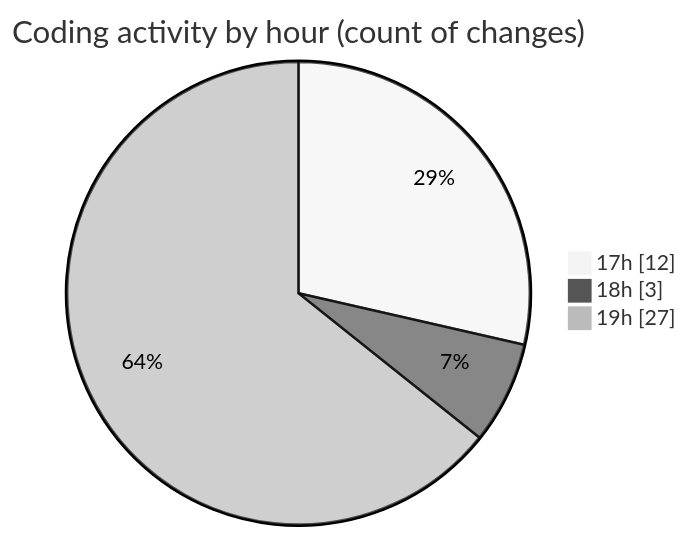
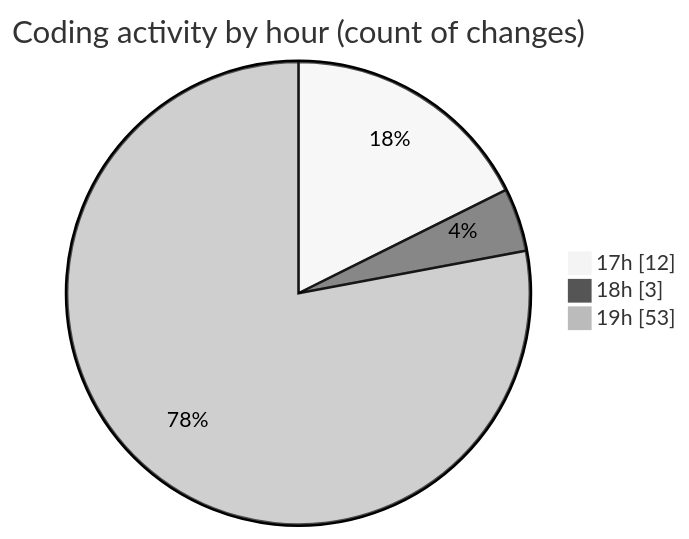
One commit to Ritupan-Deka/code-tracking changed the second of 2 diagrams in 2025-06-19/scopecraft/README.md. Above: the diagram before and after it, drawn with Mermaid (neutral theme). The commit also changed other lines of this file and 1 other file, not shown here.

````diff
--- a/2025-06-19/scopecraft/README.md
+++ b/2025-06-19/scopecraft/README.md
@@ -44,7 +44,7 @@
 ```mermaid
 pie showData
 title Coding activity by hour (count of changes)
 "17h" : 12
 "18h" : 3
-"19h" : 27
+"19h" : 53
 ```
````
